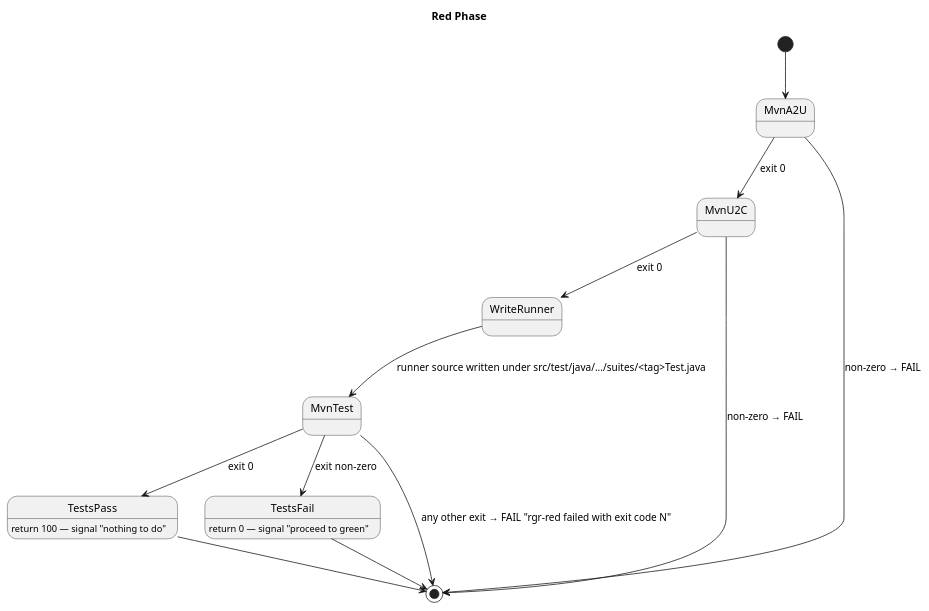
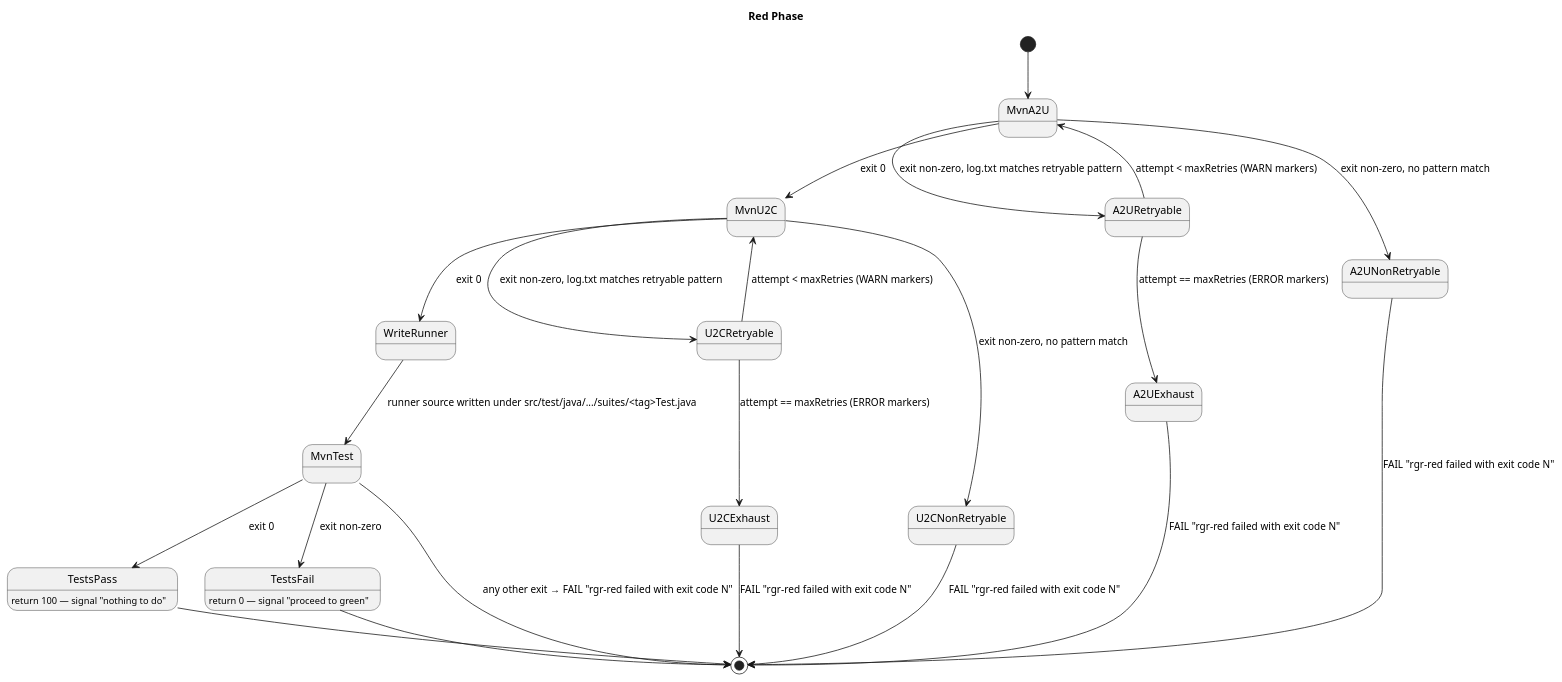
One commit to farhan5248/sheep-dog-qa changed the seventh of 14 diagrams in sheep-dog-features/src/test/resources/asciidoc/specs/Darmok/model.md. Above: the diagram before and after it, drawn with PlantUML. The commit also changed other lines of this file and 3 other files, not shown here.

````diff
--- a/sheep-dog-features/src/test/resources/asciidoc/specs/Darmok/model.md
+++ b/sheep-dog-features/src/test/resources/asciidoc/specs/Darmok/model.md
@@ -266,23 +266,35 @@
 ```plantuml
 @startuml
 title Red Phase
 
 [*] --> MvnA2U
 MvnA2U --> MvnU2C       : exit 0
 MvnU2C --> WriteRunner  : exit 0
 WriteRunner --> MvnTest : runner source written under src/test/java/.../suites/<tag>Test.java
 MvnTest --> TestsPass   : exit 0
 MvnTest --> TestsFail   : exit non-zero
 
+MvnA2U --> A2URetryable    : exit non-zero, log.txt matches retryable pattern
+A2URetryable --> MvnA2U    : attempt < maxRetries (WARN markers)
+A2URetryable --> A2UExhaust : attempt == maxRetries (ERROR markers)
+MvnA2U --> A2UNonRetryable : exit non-zero, no pattern match
+
+MvnU2C --> U2CRetryable    : exit non-zero, log.txt matches retryable pattern
+U2CRetryable --> MvnU2C    : attempt < maxRetries (WARN markers)
+U2CRetryable --> U2CExhaust : attempt == maxRetries (ERROR markers)
+MvnU2C --> U2CNonRetryable : exit non-zero, no pattern match
+
 TestsPass : return 100 — signal "nothing to do"
 TestsFail : return 0 — signal "proceed to green"
 
 TestsPass --> [*]
 TestsFail --> [*]
 
-MvnA2U      --> [*] : non-zero → FAIL
-MvnU2C      --> [*] : non-zero → FAIL
-MvnTest     --> [*] : any other exit → FAIL "rgr-red failed with exit code N"
+A2UExhaust      --> [*] : FAIL "rgr-red failed with exit code N"
+A2UNonRetryable --> [*] : FAIL "rgr-red failed with exit code N"
+U2CExhaust      --> [*] : FAIL "rgr-red failed with exit code N"
+U2CNonRetryable --> [*] : FAIL "rgr-red failed with exit code N"
+MvnTest         --> [*] : any other exit → FAIL "rgr-red failed with exit code N"
 
 @enduml
 ```
````
